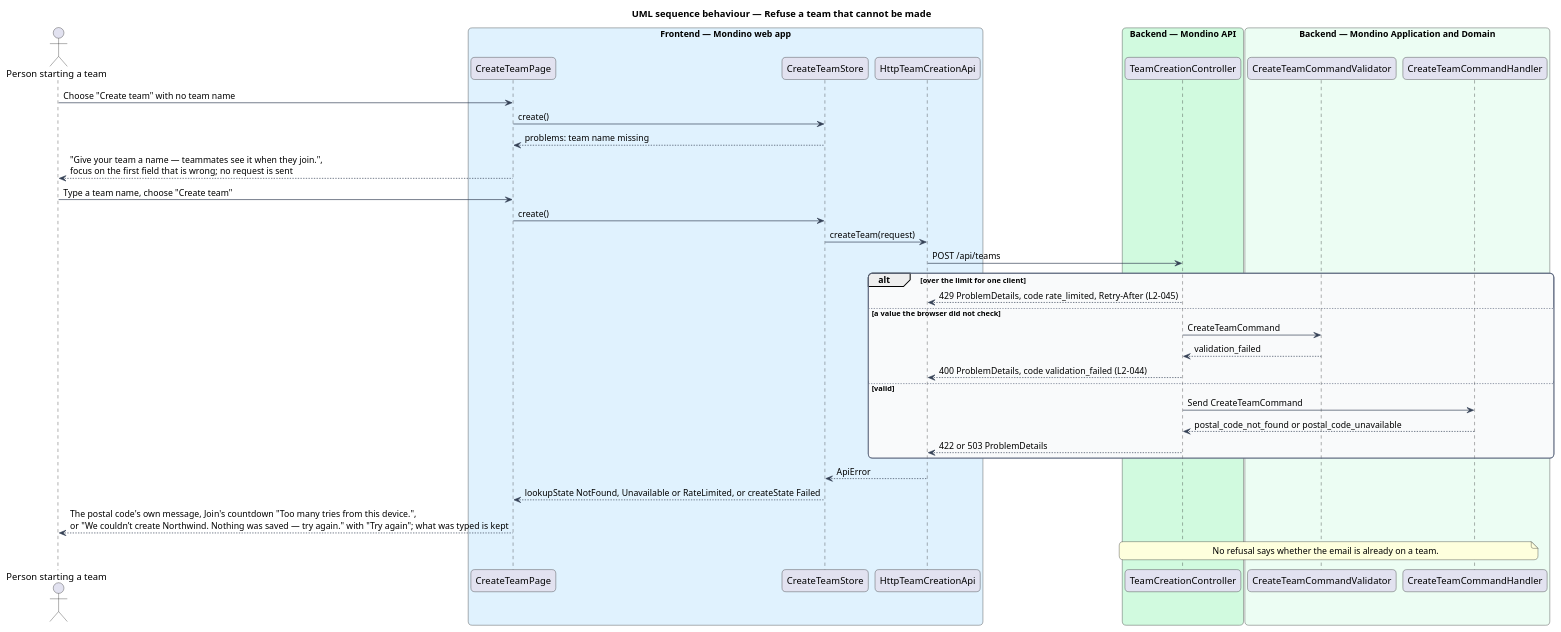
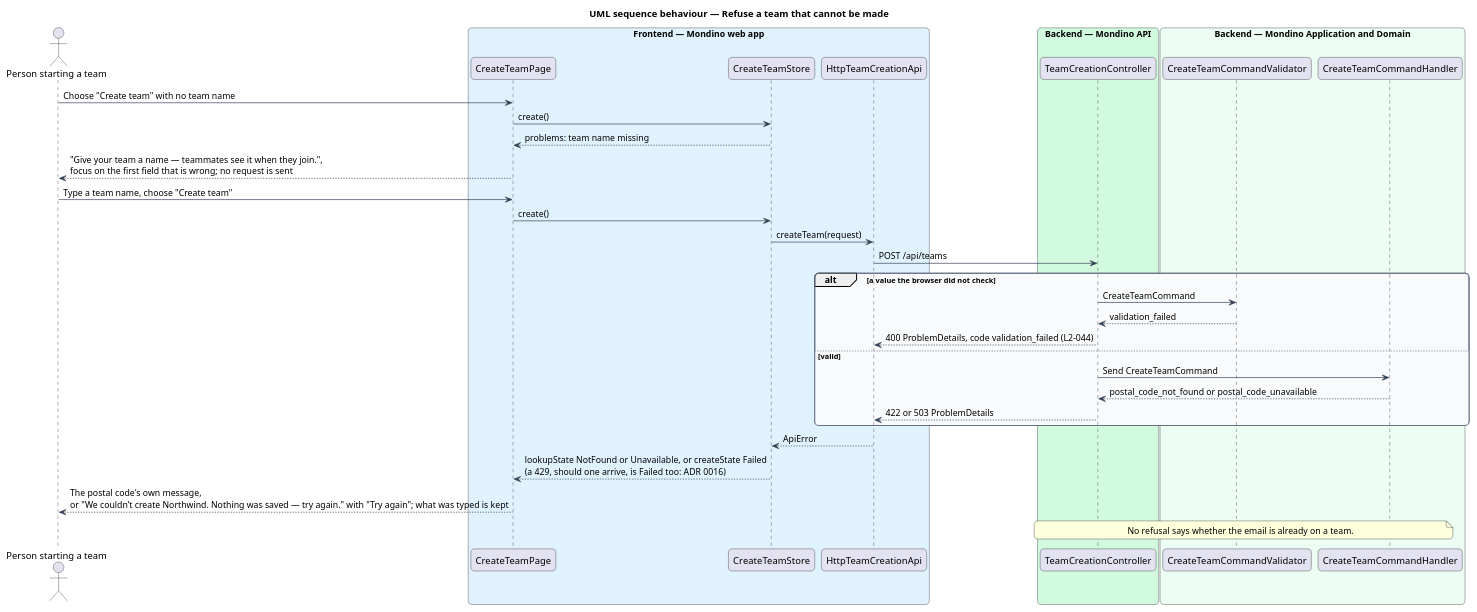
One commit to QuinntyneBrown/Mondino changed the diagram in docs/detailed-designs/joining/make-team/diagrams/sequence-refuse-team.puml. Above: the diagram before and after it, drawn with PlantUML. The commit also changed 17 other files, not shown here.

First line of the commit message:
Record that making a team has no rate limit, in the mocks, specs, ADR 0016 and designs

```diff
--- a/docs/detailed-designs/joining/make-team/diagrams/sequence-refuse-team.puml
+++ b/docs/detailed-designs/joining/make-team/diagrams/sequence-refuse-team.puml
@@ -1,55 +1,53 @@
 @startuml
 title UML sequence behaviour — Refuse a team that cannot be made
 skinparam backgroundColor #FFFFFF
 skinparam shadowing false
 skinparam roundcorner 12
 skinparam defaultFontName Arial
 skinparam ArrowColor #344054
 skinparam rectangle {
   BorderColor #344054
   FontColor #101828
 }
 skinparam package {
   BorderColor #667085
   FontColor #101828
   BackgroundColor #F9FAFB
 }
 actor "Person starting a team" as actor
 box "Frontend — Mondino web app" #E0F2FE
   participant "CreateTeamPage" as page
   participant "CreateTeamStore" as store
   participant "HttpTeamCreationApi" as client
 end box
 box "Backend — Mondino API" #D1FADF
   participant "TeamCreationController" as controller
 end box
 box "Backend — Mondino Application and Domain" #ECFDF3
   participant "CreateTeamCommandValidator" as validator
   participant "CreateTeamCommandHandler" as handler
 end box
 actor -> page : Choose "Create team" with no team name
 page -> store : create()
 store --> page : problems: team name missing
 page --> actor : "Give your team a name — teammates see it when they join.",\nfocus on the first field that is wrong; no request is sent
 actor -> page : Type a team name, choose "Create team"
 page -> store : create()
 store -> client : createTeam(request)
 client -> controller : POST /api/teams
-alt over the limit for one client
-  controller --> client : 429 ProblemDetails, code rate_limited, Retry-After (L2-045)
-else a value the browser did not check
+alt a value the browser did not check
   controller -> validator : CreateTeamCommand
   validator --> controller : validation_failed
   controller --> client : 400 ProblemDetails, code validation_failed (L2-044)
 else valid
   controller -> handler : Send CreateTeamCommand
   handler --> controller : postal_code_not_found or postal_code_unavailable
   controller --> client : 422 or 503 ProblemDetails
 end
 client --> store : ApiError
-store --> page : lookupState NotFound, Unavailable or RateLimited, or createState Failed
-page --> actor : The postal code's own message, Join's countdown "Too many tries from this device.",\nor "We couldn’t create Northwind. Nothing was saved — try again." with "Try again"; what was typed is kept
+store --> page : lookupState NotFound or Unavailable, or createState Failed\n(a 429, should one arrive, is Failed too: ADR 0016)
+page --> actor : The postal code's own message,\nor "We couldn’t create Northwind. Nothing was saved — try again." with "Try again"; what was typed is kept
 note over controller, handler
   No refusal says whether the email is already on a team.
 end note
 @enduml
```
